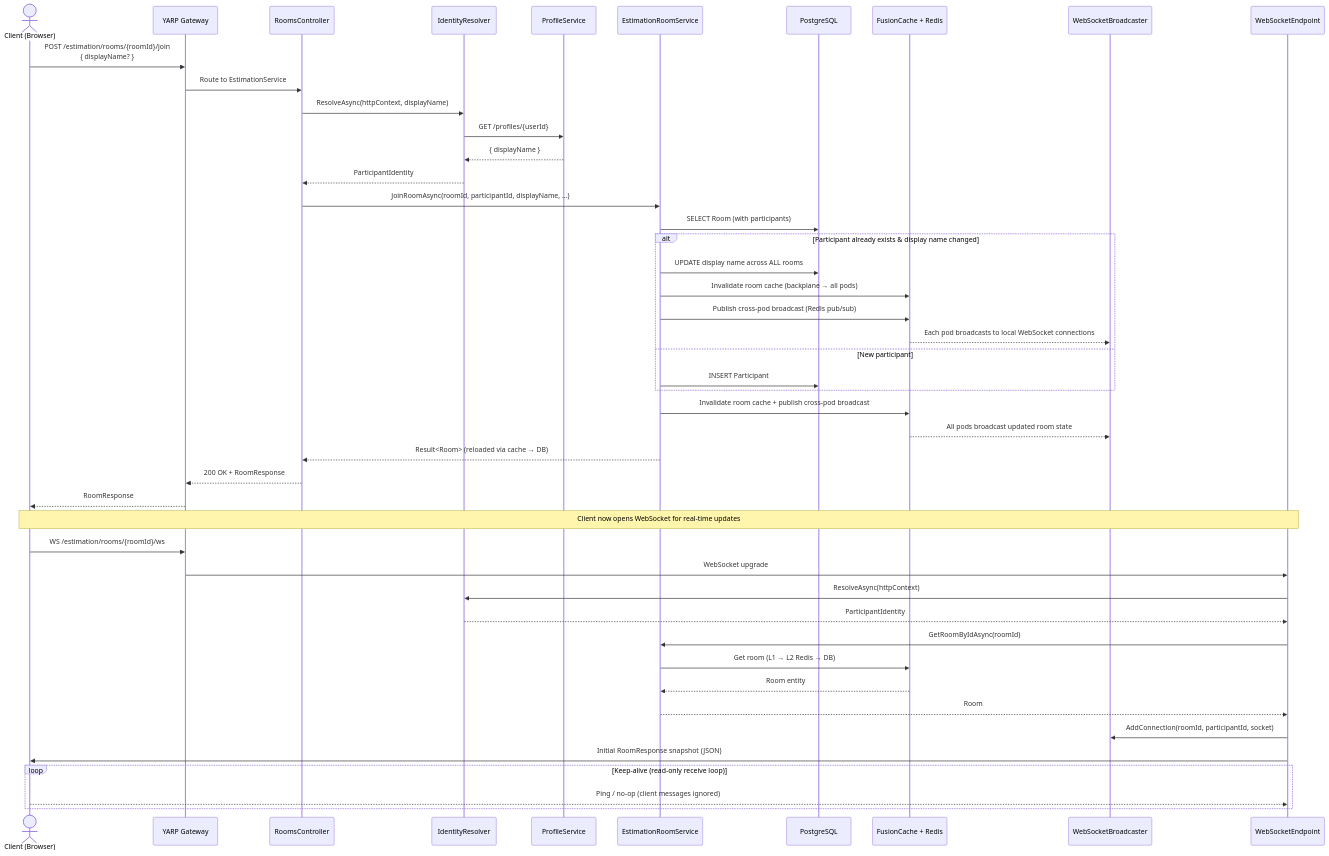
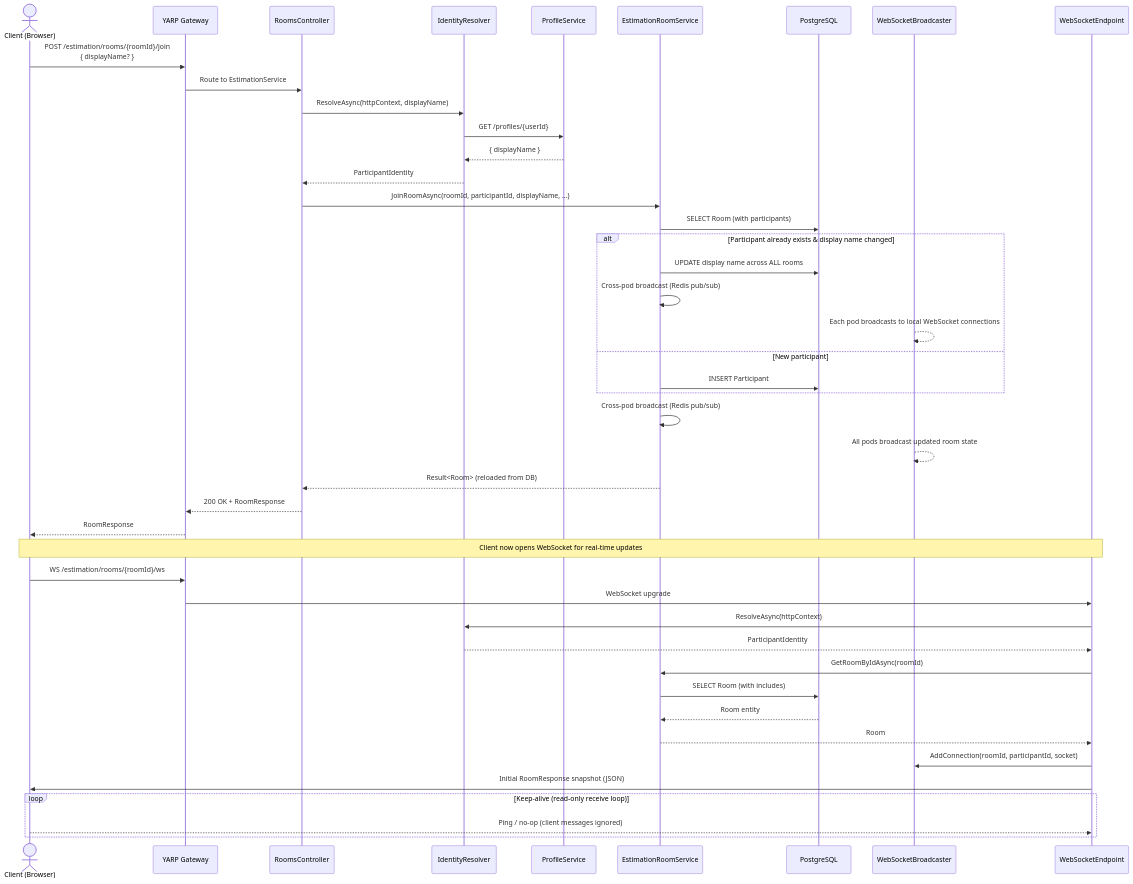
The second of 11 diagrams in Overflow.EstimationService/README.md (HeliosPersonal/overflow), drawn with Mermaid before and after one commit. The commit also changed other lines of this file and 13 other files, not shown here.

Commit message:
refactor: simplify room state management by removing cache invalidation and directly broadcasting updates via Redis

````diff
--- a/Overflow.EstimationService/README.md
+++ b/Overflow.EstimationService/README.md
@@ -145,55 +142,53 @@
 ```mermaid
 sequenceDiagram
     actor User as Client (Browser)
     participant GW as YARP Gateway
     participant EC as RoomsController
     participant IR as IdentityResolver
     participant PS as ProfileService
     participant SVC as EstimationRoomService
     participant DB as PostgreSQL
-    participant FC as FusionCache + Redis
     participant WS as WebSocketBroadcaster
     participant WSE as WebSocketEndpoint
 
     User->>GW: POST /estimation/rooms/{roomId}/join<br/>{ displayName? }
     GW->>EC: Route to EstimationService
     EC->>IR: ResolveAsync(httpContext, displayName)
     IR->>PS: GET /profiles/{userId}
     PS-->>IR: { displayName }
     IR-->>EC: ParticipantIdentity
 
     EC->>SVC: JoinRoomAsync(roomId, participantId, displayName, ...)
     SVC->>DB: SELECT Room (with participants)
 
     alt Participant already exists & display name changed
         SVC->>DB: UPDATE display name across ALL rooms
-        SVC->>FC: Invalidate room cache (backplane → all pods)
-        SVC->>FC: Publish cross-pod broadcast (Redis pub/sub)
-        FC-->>WS: Each pod broadcasts to local WebSocket connections
+        SVC->>SVC: Cross-pod broadcast (Redis pub/sub)
+        WS-->>WS: Each pod broadcasts to local WebSocket connections
     else New participant
         SVC->>DB: INSERT Participant
     end
 
-    SVC->>FC: Invalidate room cache + publish cross-pod broadcast
-    FC-->>WS: All pods broadcast updated room state
-    SVC-->>EC: Result<Room> (reloaded via cache → DB)
+    SVC->>SVC: Cross-pod broadcast (Redis pub/sub)
+    WS-->>WS: All pods broadcast updated room state
+    SVC-->>EC: Result<Room> (reloaded from DB)
     EC-->>GW: 200 OK + RoomResponse
     GW-->>User: RoomResponse
 
     Note over User,WSE: Client now opens WebSocket for real-time updates
 
     User->>GW: WS /estimation/rooms/{roomId}/ws
     GW->>WSE: WebSocket upgrade
     WSE->>IR: ResolveAsync(httpContext)
     IR-->>WSE: ParticipantIdentity
     WSE->>SVC: GetRoomByIdAsync(roomId)
-    SVC->>FC: Get room (L1 → L2 Redis → DB)
-    FC-->>SVC: Room entity
+    SVC->>DB: SELECT Room (with includes)
+    DB-->>SVC: Room entity
     SVC-->>WSE: Room
     WSE->>WS: AddConnection(roomId, participantId, socket)
     WSE->>User: Initial RoomResponse snapshot (JSON)
 
     loop Keep-alive (read-only receive loop)
         User-->>WSE: Ping / no-op (client messages ignored)
     end
 ```
````
